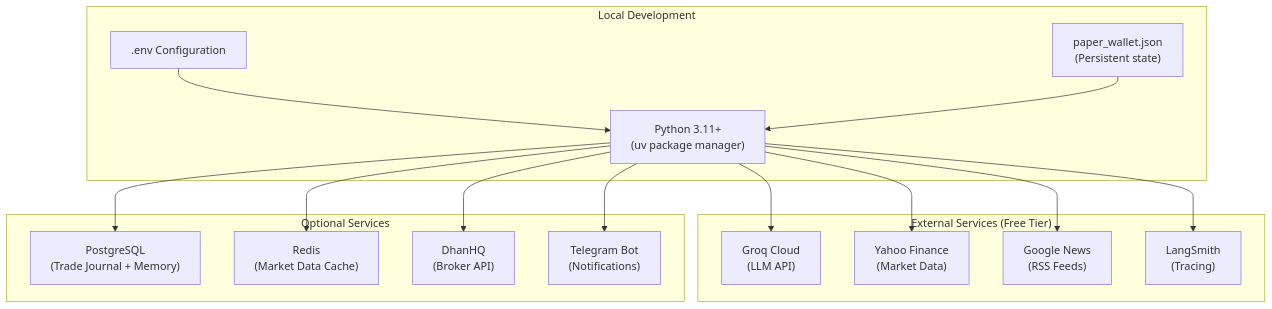
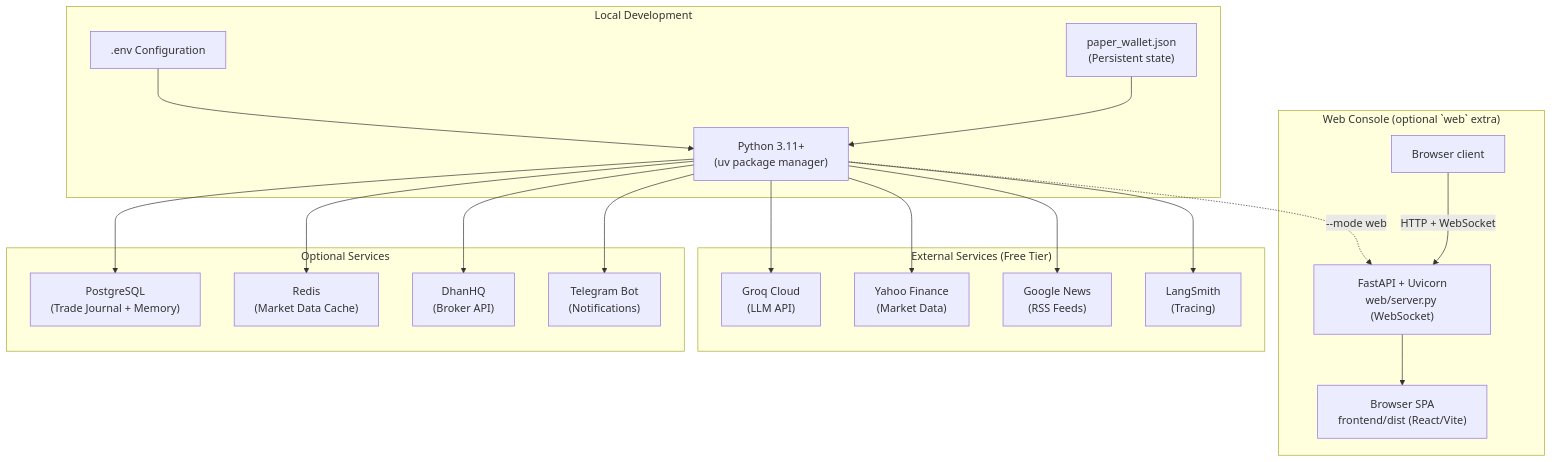
Before and after one commit to HimanshuMohanty-Git24/RakshaQuant: the eighth of 8 diagrams in docs/2_High_Level_Design.md, drawn with Mermaid. The commit also changed other lines of this file and 4 other files, not shown here.

First line of the commit message:
docs: reflect dual-mode CLI/web across docs/ architecture guides

````diff
--- a/docs/2_High_Level_Design.md
+++ b/docs/2_High_Level_Design.md
@@ -419,33 +427,43 @@
 ```mermaid
 graph TB
     subgraph "Local Development"
         PY["Python 3.11+<br/>(uv package manager)"]
         ENV[".env Configuration"]
         PW["paper_wallet.json<br/>(Persistent state)"]
+    end
+
+    subgraph "Web Console (optional `web` extra)"
+        UVI["FastAPI + Uvicorn<br/>web/server.py (WebSocket)"]
+        SPA["Browser SPA<br/>frontend/dist (React/Vite)"]
+        BROWSER["Browser client"]
     end
 
     subgraph "External Services (Free Tier)"
         GROQ["Groq Cloud<br/>(LLM API)"]
         YFN["Yahoo Finance<br/>(Market Data)"]
         GN["Google News<br/>(RSS Feeds)"]
         LSM["LangSmith<br/>(Tracing)"]
     end
 
     subgraph "Optional Services"
         PGS["PostgreSQL<br/>(Trade Journal + Memory)"]
         REDIS["Redis<br/>(Market Data Cache)"]
         DHAN["DhanHQ<br/>(Broker API)"]
         TGBOT["Telegram Bot<br/>(Notifications)"]
     end
 
     PY --> GROQ
     PY --> YFN
     PY --> GN
     PY --> LSM
     PY --> PGS
     PY --> REDIS
     PY --> DHAN
     PY --> TGBOT
     ENV --> PY
     PW --> PY
+
+    PY -. "--mode web" .-> UVI
+    UVI --> SPA
+    BROWSER -->|"HTTP + WebSocket"| UVI
 ```
````
